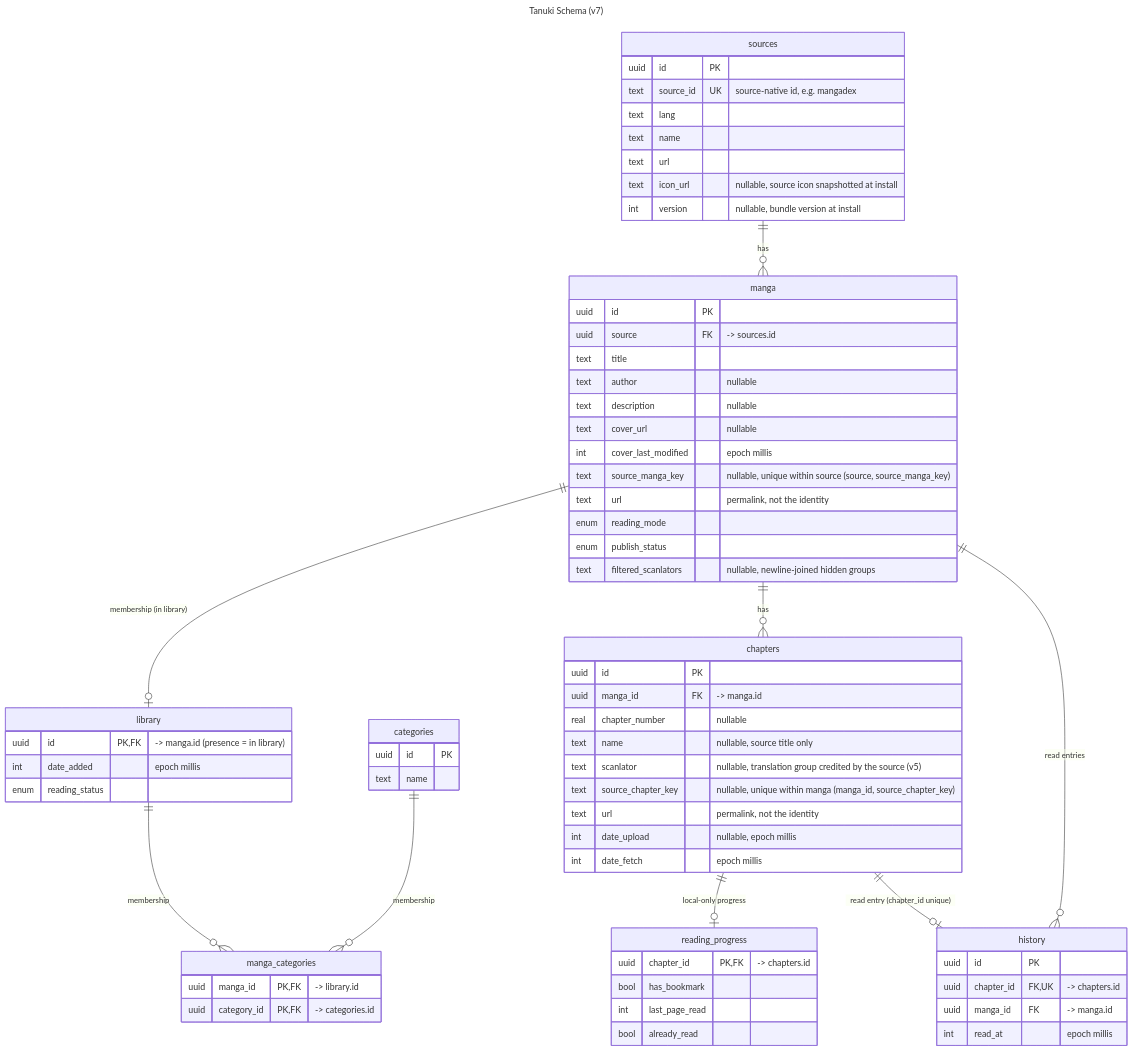
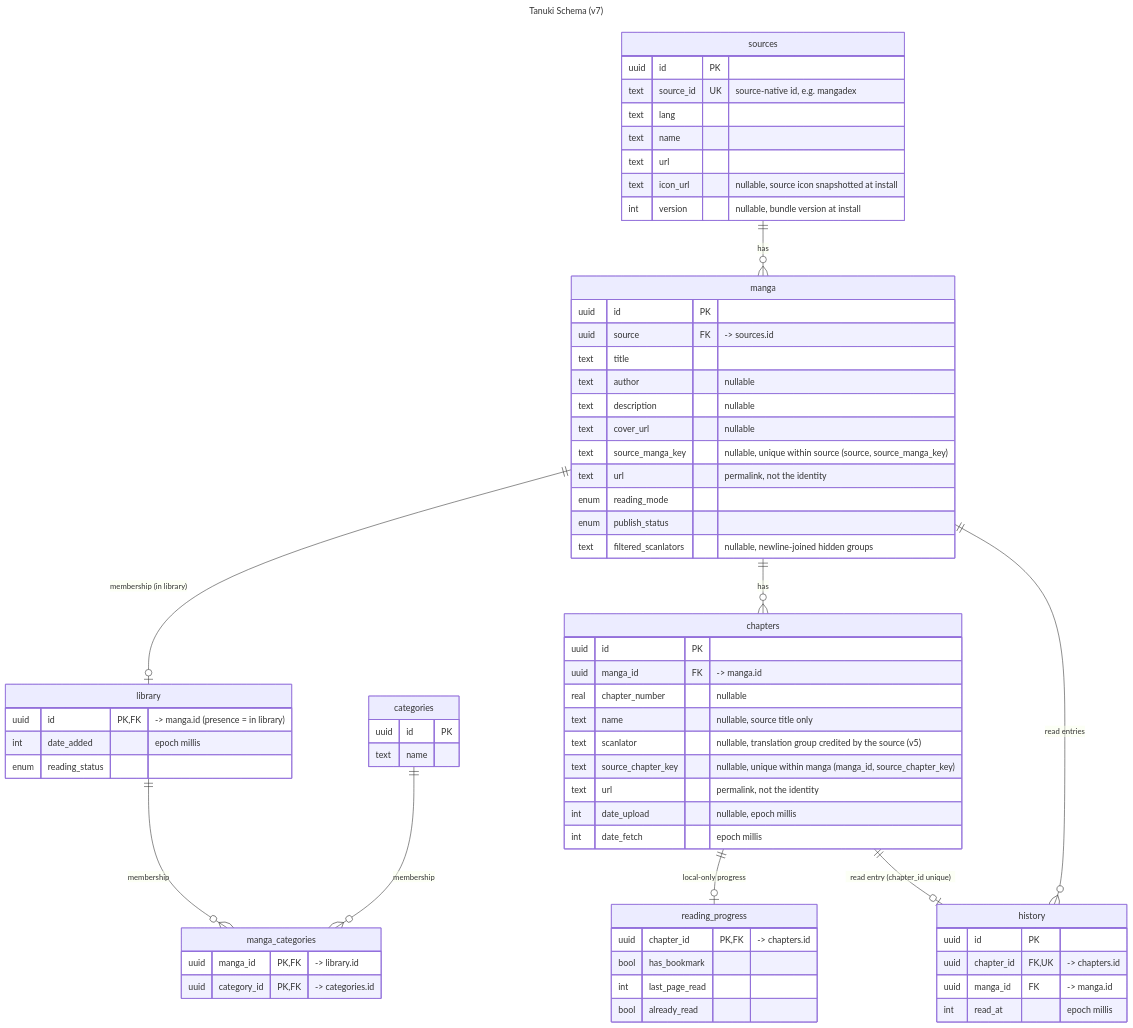
Before and after one commit to tanuki-reader/tanuki: the diagram in core/data/src/commonMain/kotlin/app/tanuki/core/data/database/schema.mmd, drawn with Mermaid. The commit also changed 31 other files, not shown here.

```diff
--- a/core/data/src/commonMain/kotlin/app/tanuki/core/data/database/schema.mmd
+++ b/core/data/src/commonMain/kotlin/app/tanuki/core/data/database/schema.mmd
@@ -1,82 +1,81 @@
 ---
 title: Tanuki Schema (v7)
 ---
 %% Source-owned rows carry two identities: the local uuid PK, and the source-native key a refresh
 %% matches them back by (manga.source_manga_key, chapters.source_chapter_key). `url` is a display
 %% permalink on both — sources need not publish a per-record one, so it isn't unique.
 erDiagram
     sources {
         uuid id PK
         text source_id UK "source-native id, e.g. mangadex"
         text lang
         text name
         text url
         text icon_url "nullable, source icon snapshotted at install"
         int version "nullable, bundle version at install"
     }
 
     manga {
         uuid id PK
         uuid source FK "-> sources.id"
         text title
         text author "nullable"
         text description "nullable"
         text cover_url "nullable"
-        int cover_last_modified "epoch millis"
         text source_manga_key "nullable, unique within source (source, source_manga_key)"
         text url "permalink, not the identity"
         enum reading_mode
         enum publish_status
         text filtered_scanlators "nullable, newline-joined hidden groups"
     }
 
     library {
         uuid id PK,FK "-> manga.id (presence = in library)"
         int date_added "epoch millis"
         enum reading_status
     }
 
     chapters {
         uuid id PK
         uuid manga_id FK "-> manga.id"
         real chapter_number "nullable"
         text name "nullable, source title only"
         text scanlator "nullable, translation group credited by the source (v5)"
         text source_chapter_key "nullable, unique within manga (manga_id, source_chapter_key)"
         text url "permalink, not the identity"
         int date_upload "nullable, epoch millis"
         int date_fetch "epoch millis"
     }
 
     reading_progress {
         uuid chapter_id PK,FK "-> chapters.id"
         bool has_bookmark
         int last_page_read
         bool already_read
     }
 
     history {
         uuid id PK
         uuid chapter_id FK,UK "-> chapters.id"
         uuid manga_id FK "-> manga.id"
         int read_at "epoch millis"
     }
 
     categories {
         uuid id PK
         text name
     }
 
     manga_categories {
         uuid manga_id PK,FK "-> library.id"
         uuid category_id PK,FK "-> categories.id"
     }
 
     sources          ||--o{ manga            : "has"
     manga            ||--o| library          : "membership (in library)"
     manga            ||--o{ chapters          : "has"
     chapters         ||--o| reading_progress  : "local-only progress"
     chapters         ||--o| history           : "read entry (chapter_id unique)"
     manga            ||--o{ history           : "read entries"
     library          ||--o{ manga_categories  : "membership"
     categories       ||--o{ manga_categories  : "membership"
```
